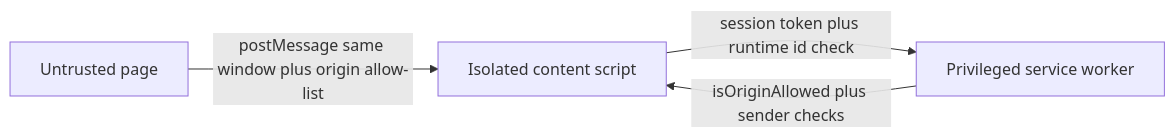
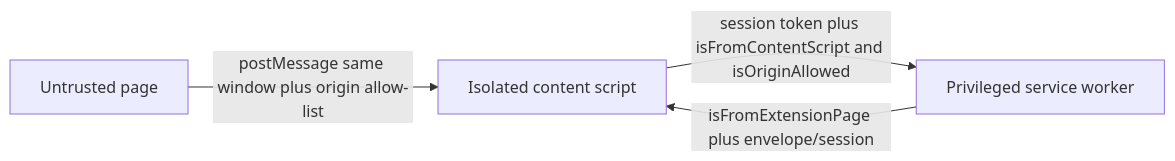
The third of 3 diagrams in packages/@webex/web-extension-bridge/docs/architecture.md (webex/webex-js-sdk), drawn with Mermaid before and after one commit. The commit also changed other lines of this file and 1 other file, not shown here.

Commit message:
docs(web-extension-bridge): correct Stage 0 buffer and hop security wording (SPARK-853132)

````diff
--- a/packages/@webex/web-extension-bridge/docs/architecture.md
+++ b/packages/@webex/web-extension-bridge/docs/architecture.md
@@ -223,6 +223,6 @@
 ```mermaid
 flowchart LR
   PageWorld[Untrusted page] -->|postMessage same window plus origin allow-list| Isolated[Isolated content script]
-  Isolated -->|session token plus runtime id check| Worker[Privileged service worker]
-  Worker -->|isOriginAllowed plus sender checks| Isolated
+  Isolated -->|"session token plus isFromContentScript and isOriginAllowed"| Worker[Privileged service worker]
+  Worker -->|"isFromExtensionPage plus envelope/session"| Isolated
 ```
````
